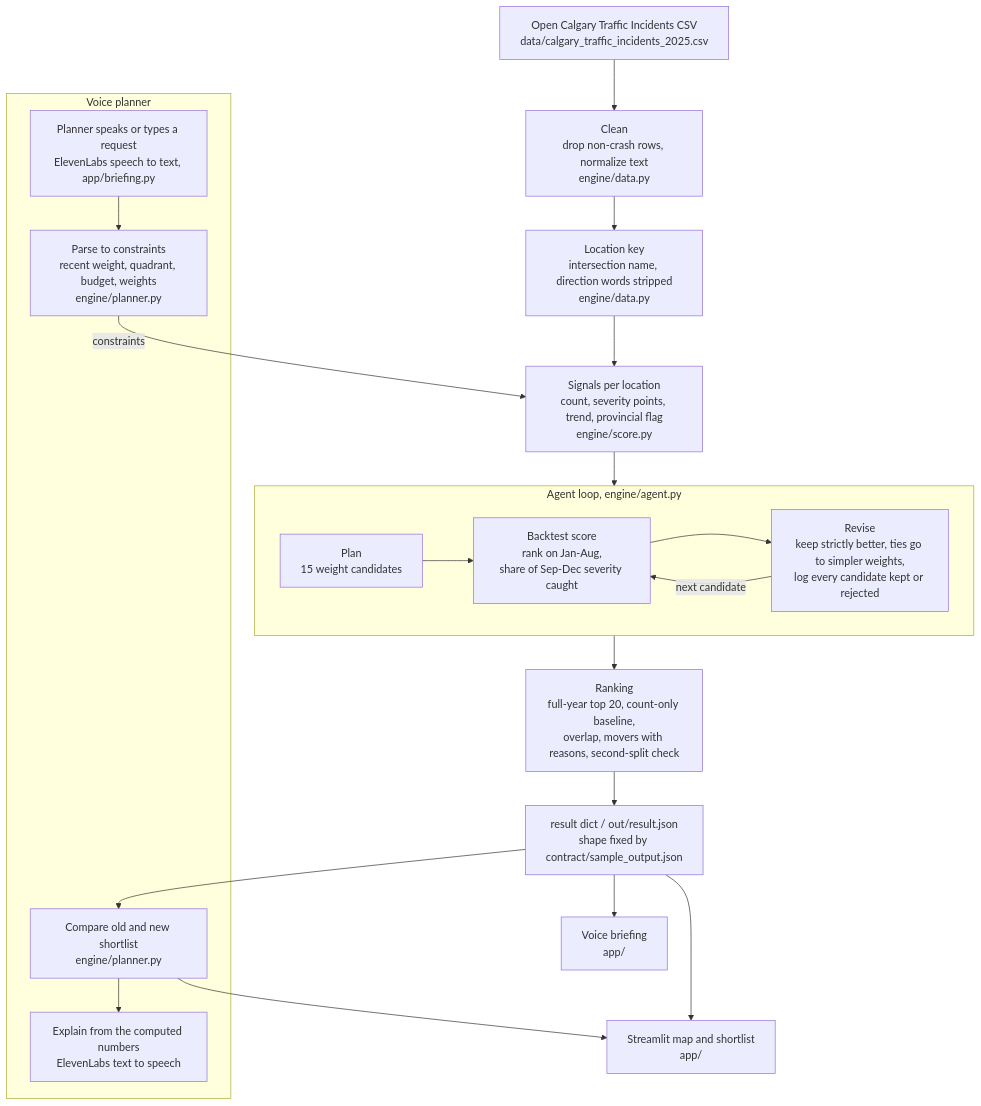
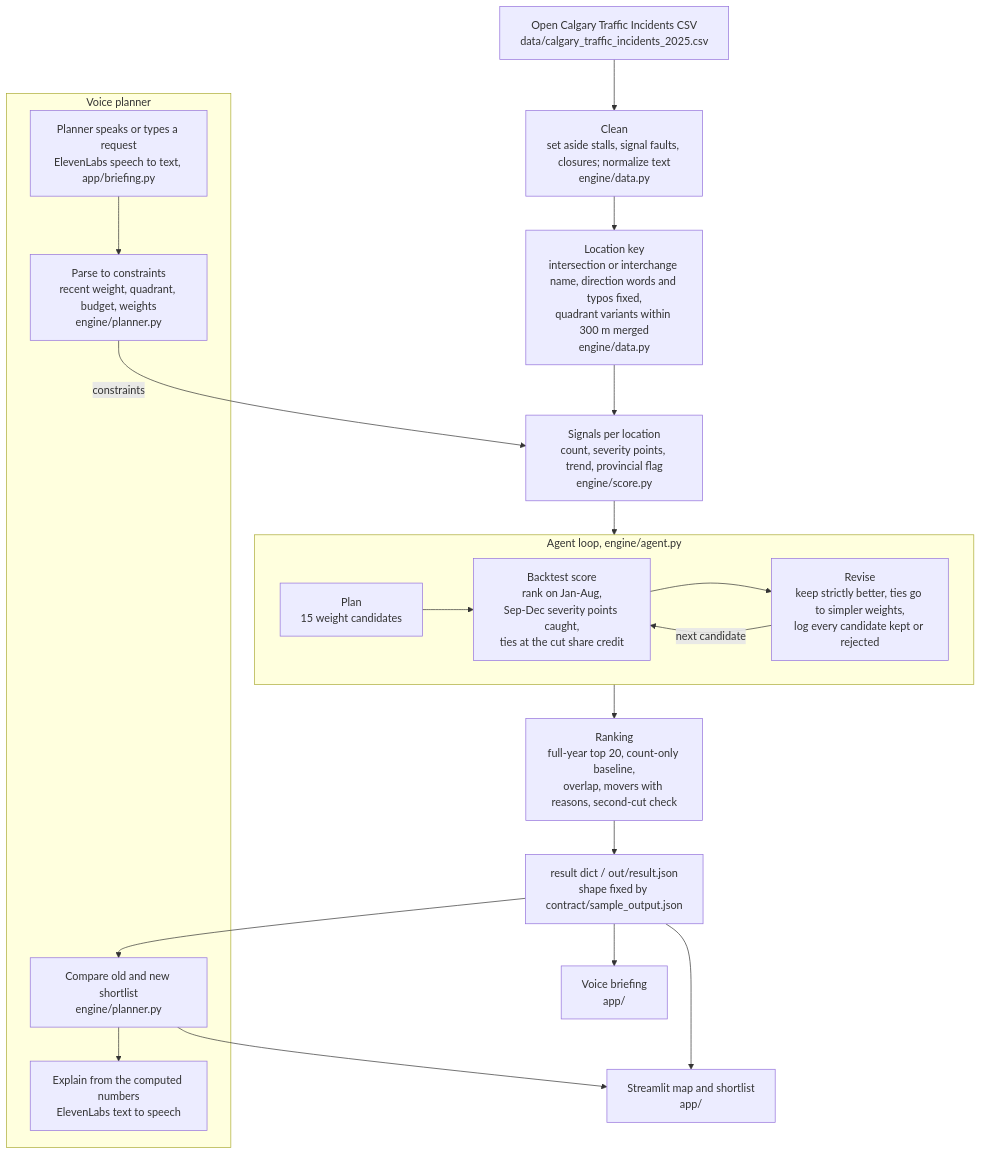
Before and after one commit to Abdalla-Eldoumani/double-trouble: the diagram in docs/ARCHITECTURE.md, drawn with Mermaid. The commit also changed other lines of this file, not shown here.

Commit message:
describe location merging, tie credit and the overlapping second cut

````diff
--- a/docs/ARCHITECTURE.md
+++ b/docs/ARCHITECTURE.md
@@ -3,34 +3,34 @@
 ```mermaid
 flowchart TD
     CSV["Open Calgary Traffic Incidents CSV<br/>data/calgary_traffic_incidents_2025.csv"]
-    CLEAN["Clean<br/>drop non-crash rows, normalize text<br/>engine/data.py"]
-    KEY["Location key<br/>intersection name, direction words stripped<br/>engine/data.py"]
+    CLEAN["Clean<br/>set aside stalls, signal faults, closures; normalize text<br/>engine/data.py"]
+    KEY["Location key<br/>intersection or interchange name, direction words and typos fixed,<br/>quadrant variants within 300 m merged<br/>engine/data.py"]
     SIG["Signals per location<br/>count, severity points, trend, provincial flag<br/>engine/score.py"]
 
     subgraph LOOP["Agent loop, engine/agent.py"]
         PLAN["Plan<br/>15 weight candidates"]
-        SCORE["Backtest score<br/>rank on Jan-Aug,<br/>share of Sep-Dec severity caught"]
+        SCORE["Backtest score<br/>rank on Jan-Aug,<br/>Sep-Dec severity points caught,<br/>ties at the cut share credit"]
         REVISE["Revise<br/>keep strictly better, ties go to simpler weights,<br/>log every candidate kept or rejected"]
         PLAN --> SCORE --> REVISE
         REVISE -->|next candidate| SCORE
     end
 
-    RANK["Ranking<br/>full-year top 20, count-only baseline,<br/>overlap, movers with reasons, second-split check"]
+    RANK["Ranking<br/>full-year top 20, count-only baseline,<br/>overlap, movers with reasons, second-cut check"]
     JSON["result dict / out/result.json<br/>shape fixed by contract/sample_output.json"]
     MAP["Streamlit map and shortlist<br/>app/"]
     VOICE["Voice briefing<br/>app/"]
 
     subgraph PLANNER["Voice planner"]
         SPEAK["Planner speaks or types a request<br/>ElevenLabs speech to text, app/briefing.py"]
         PARSE["Parse to constraints<br/>recent weight, quadrant, budget, weights<br/>engine/planner.py"]
         COMPARE["Compare old and new shortlist<br/>engine/planner.py"]
         EXPLAIN["Explain from the computed numbers<br/>ElevenLabs text to speech"]
     end
 
     CSV --> CLEAN --> KEY --> SIG --> LOOP --> RANK --> JSON
     JSON --> MAP
     JSON --> VOICE
     SPEAK --> PARSE -->|constraints| SIG
     JSON --> COMPARE --> EXPLAIN
     COMPARE --> MAP
 ```
````
